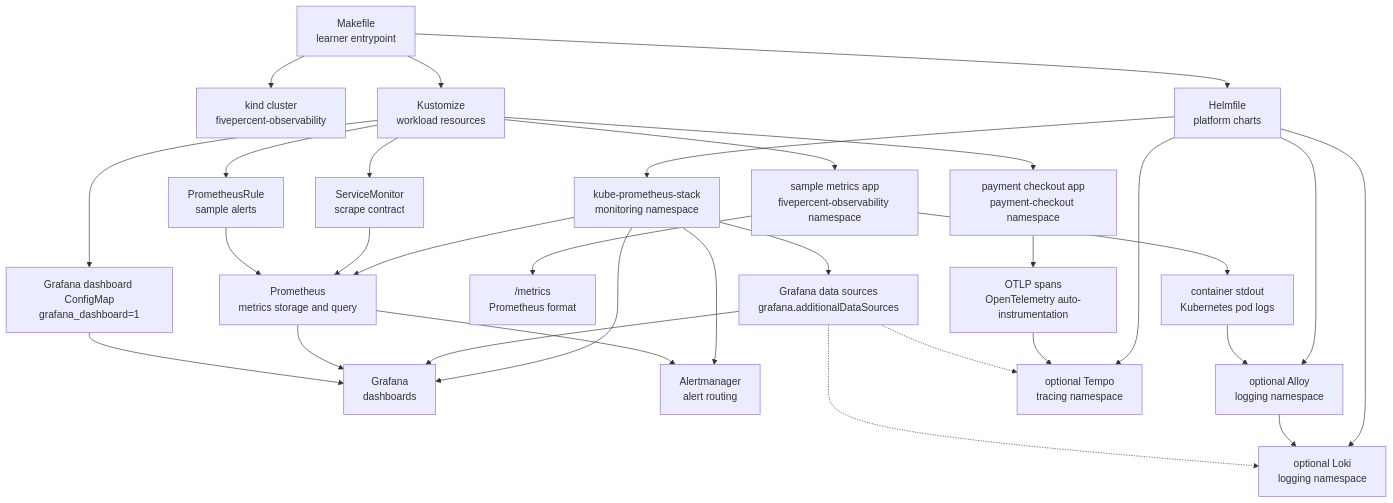
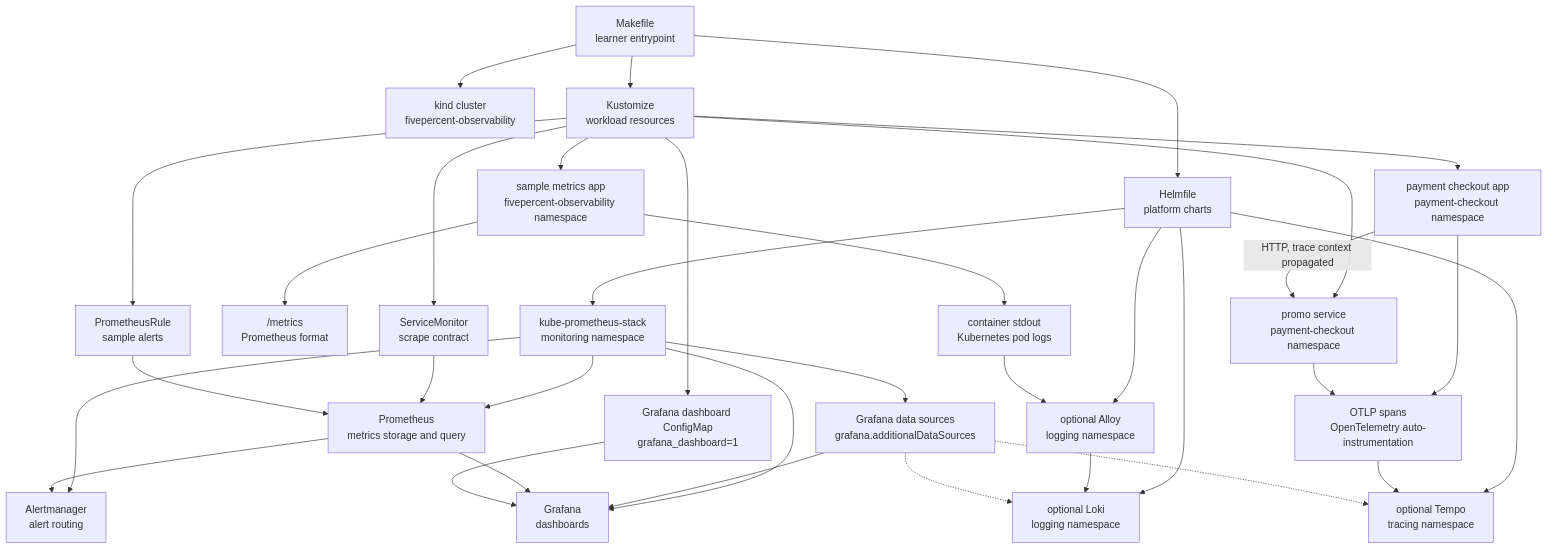
One commit to AbdulRahmanAlHamali/5percent-observability changed the first of 3 diagrams in docs/architecture.md. Above: the diagram before and after it, drawn with Mermaid. The commit also changed 11 other files, not shown here.

````diff
--- a/docs/architecture.md
+++ b/docs/architecture.md
@@ -11,39 +11,42 @@
 ```mermaid
 flowchart TD
   makefile["Makefile<br>learner entrypoint"] --> kind["kind cluster<br>fivepercent-observability"]
   makefile --> helmfile["Helmfile<br>platform charts"]
   makefile --> kustomize["Kustomize<br>workload resources"]
 
   helmfile --> kps["kube-prometheus-stack<br>monitoring namespace"]
   kps --> prometheus["Prometheus<br>metrics storage and query"]
   kps --> grafana["Grafana<br>dashboards"]
   kps --> alertmanager["Alertmanager<br>alert routing"]
   kps --> grafanaDatasources["Grafana data sources<br>grafana.additionalDataSources"]
   grafanaDatasources --> grafana
 
   kustomize --> app["sample metrics app<br>fivepercent-observability namespace"]
   app --> metrics["/metrics<br>Prometheus format"]
   kustomize --> serviceMonitor["ServiceMonitor<br>scrape contract"]
   serviceMonitor --> prometheus
   prometheus --> grafana
 
   kustomize --> dashboard["Grafana dashboard ConfigMap<br>grafana_dashboard=1"]
   dashboard --> grafana
 
   kustomize --> rule["PrometheusRule<br>sample alerts"]
   rule --> prometheus
   prometheus --> alertmanager
 
   helmfile --> loki["optional Loki<br>logging namespace"]
   helmfile --> alloy["optional Alloy<br>logging namespace"]
   app --> podlogs["container stdout<br>Kubernetes pod logs"]
   podlogs --> alloy
   alloy --> loki
   grafanaDatasources -.-> loki
 
   helmfile --> tempo["optional Tempo<br>tracing namespace"]
   kustomize --> paymentApp["payment checkout app<br>payment-checkout namespace"]
+  kustomize --> promoService["promo service<br>payment-checkout namespace"]
+  paymentApp -->|"HTTP, trace context propagated"| promoService
   paymentApp --> spans["OTLP spans<br>OpenTelemetry auto-instrumentation"]
+  promoService --> spans
   spans --> tempo
   grafanaDatasources -.-> tempo
 ```
````
